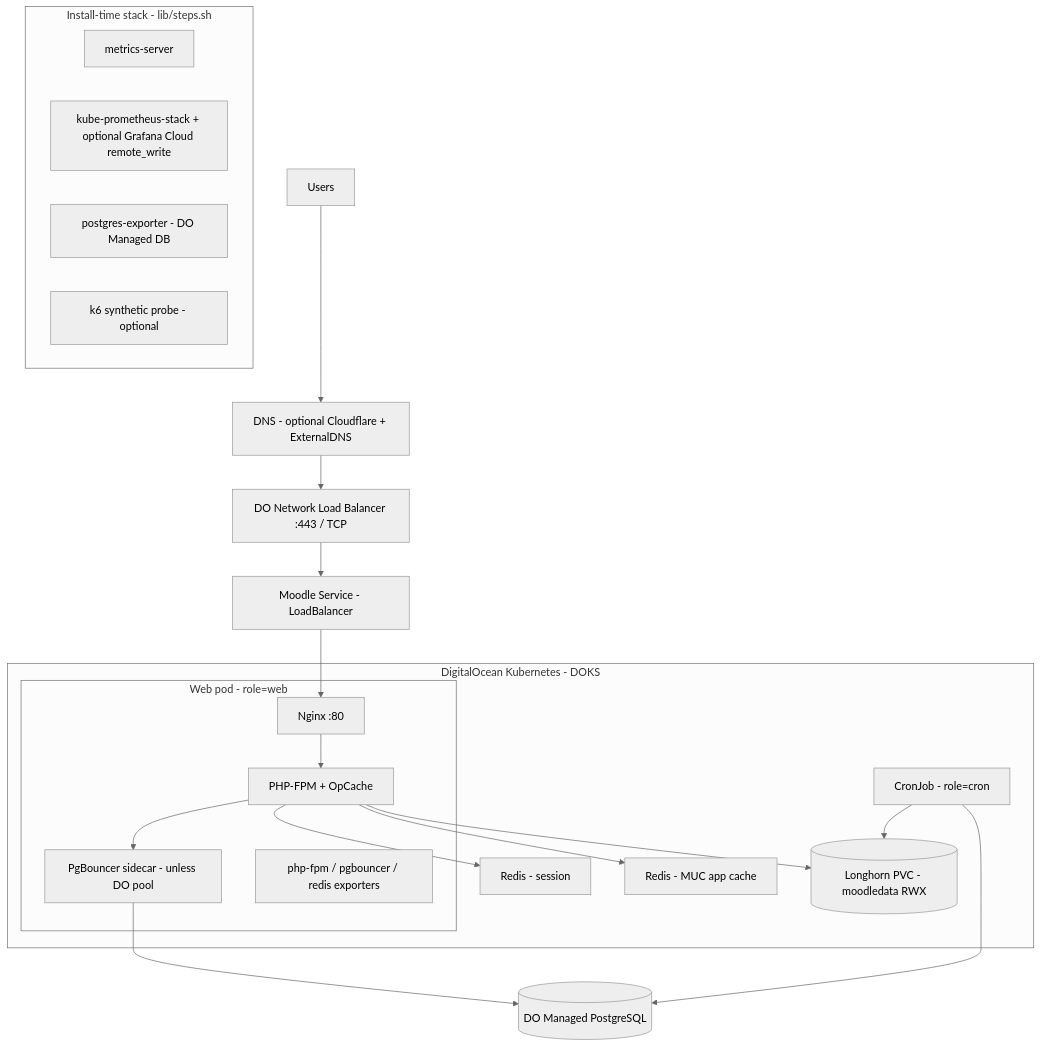
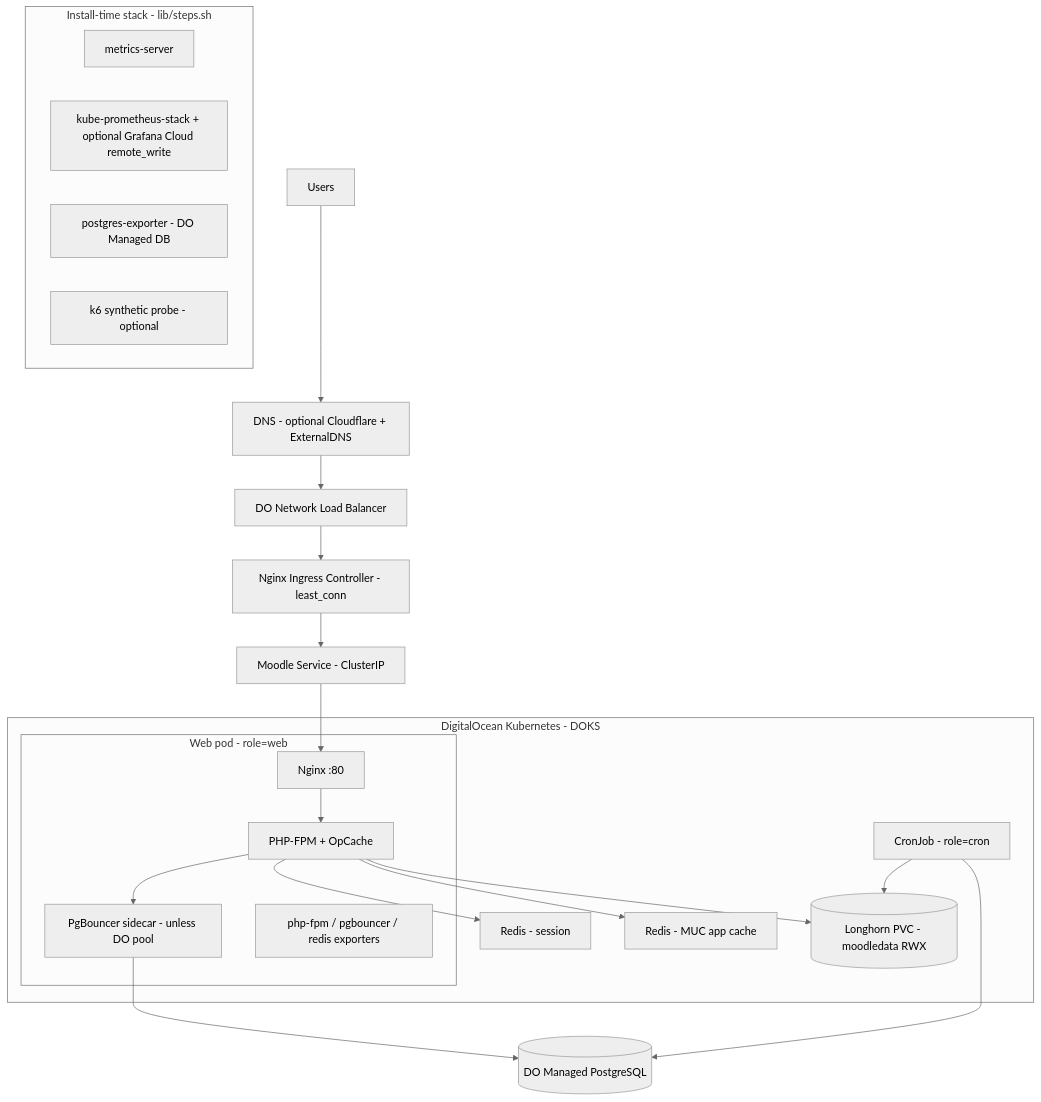
Before and after one commit to nguyendangcuong201004/moodle-k8s-infra: the diagram in README.md, drawn with Mermaid (neutral theme). The commit also changed other lines of this file and 8 other files, not shown here.

Commit message:
Add nginx ingress controller

````diff
--- a/README.md
+++ b/README.md
@@ -9,36 +9,37 @@
 ```mermaid
 flowchart TB
   U[Users] --> DNS[DNS - optional Cloudflare + ExternalDNS]
-  DNS --> LB[DO Network Load Balancer :443 / TCP]
-  LB --> SVC[Moodle Service - LoadBalancer]
+  DNS --> LB[DO Network Load Balancer]
+  LB --> IC[Nginx Ingress Controller - least_conn]
+  IC --> SVC[Moodle Service - ClusterIP]
 
   subgraph DOKS[DigitalOcean Kubernetes - DOKS]
     subgraph WebPod[Web pod - role=web]
       N[Nginx :80]
       P[PHP-FPM + OpCache]
       B[PgBouncer sidecar - unless DO pool]
       M[php-fpm / pgbouncer / redis exporters]
     end
     R1[Redis - session]
     R2[Redis - MUC app cache]
     CRON[CronJob - role=cron]
     PV[(Longhorn PVC - moodledata RWX)]
   end
 
   SVC --> N
   N --> P
   P --> B
   B --> PG[(DO Managed PostgreSQL)]
   P --> R1
   P --> R2
   P --> PV
   CRON --> PG
   CRON --> PV
 
   subgraph Ops[Install-time stack - lib/steps.sh]
     MS[metrics-server]
     KPS[kube-prometheus-stack + optional Grafana Cloud remote_write]
     PGE[postgres-exporter - DO Managed DB]
     K6P[k6 synthetic probe - optional]
   end
 ```
````
